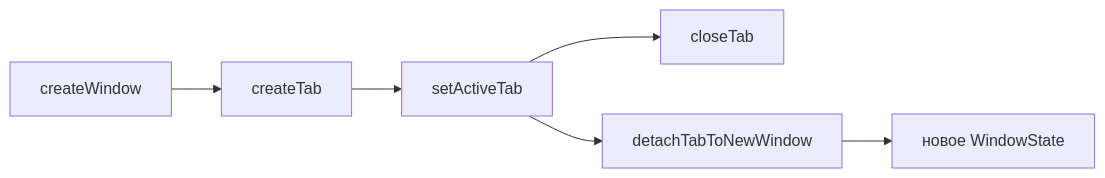
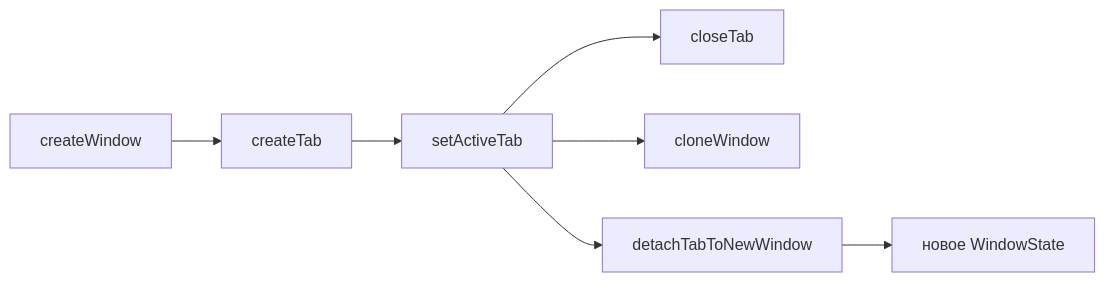
The diagram in src/main/docs/WINDOWS_TABS.md (trb1mkr/konstruktor), drawn with Mermaid before and after one commit. The commit also changed other lines of this file and 16 other files, not shown here.

````diff
--- a/src/main/docs/WINDOWS_TABS.md
+++ b/src/main/docs/WINDOWS_TABS.md
@@ -25,8 +11,9 @@
 ```mermaid
 flowchart LR
   Win[createWindow] --> Tab[createTab]
   Tab --> Active[setActiveTab]
   Active --> Close[closeTab]
+  Active --> Clone[cloneWindow]
   Active --> Detach[detachTabToNewWindow]
   Detach --> Win2[новое WindowState]
 ```
````
